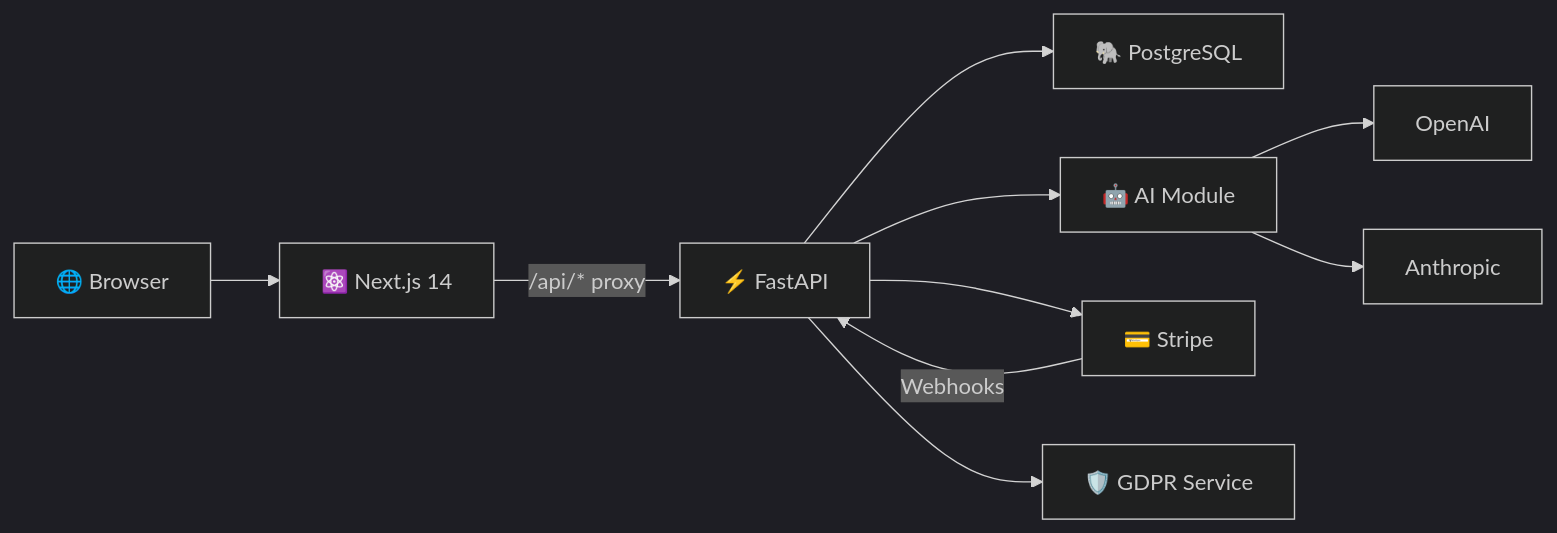
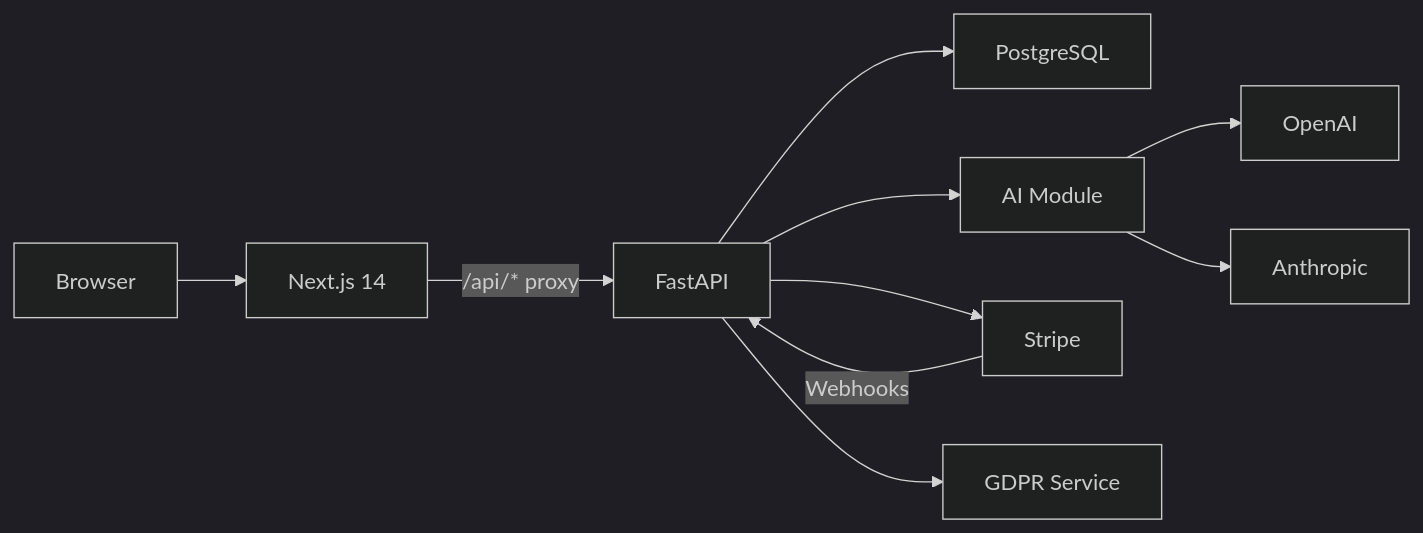
One commit to dangtienvn/dataset-quality-toolkit changed the diagram in README.md. Above: the diagram before and after it, drawn with Mermaid (dark theme). The commit also changed other lines of this file and 31 other files, not shown here.

````diff
--- a/README.md
+++ b/README.md
@@ -11,12 +22,12 @@
 ```mermaid
 graph LR
-    Browser["🌐 Browser"] --> NextJS["⚛️ Next.js 14"]
-    NextJS -->|"/api/* proxy"| FastAPI["⚡ FastAPI"]
-    FastAPI --> PostgreSQL["🐘 PostgreSQL"]
-    FastAPI --> AI["🤖 AI Module"]
-    FastAPI --> Stripe["💳 Stripe"]
-    FastAPI --> GDPR["🛡️ GDPR Service"]
+    Browser --> NextJS["Next.js 14"]
+    NextJS -->|"/api/* proxy"| FastAPI["FastAPI"]
+    FastAPI --> PostgreSQL["PostgreSQL"]
+    FastAPI --> AI["AI Module"]
+    FastAPI --> Stripe["Stripe"]
+    FastAPI --> GDPR["GDPR Service"]
     AI --> OpenAI["OpenAI"]
     AI --> Anthropic["Anthropic"]
     Stripe -->|Webhooks| FastAPI
 ```
````
